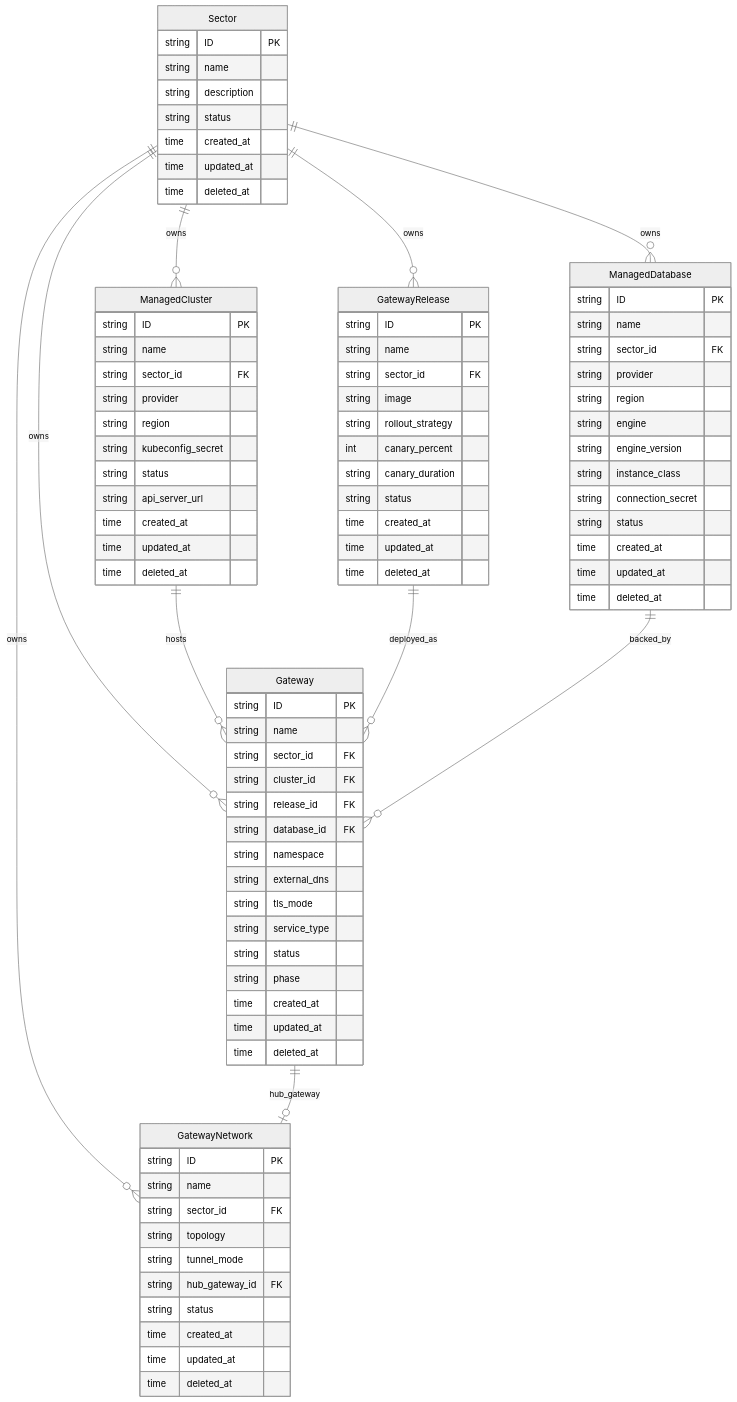
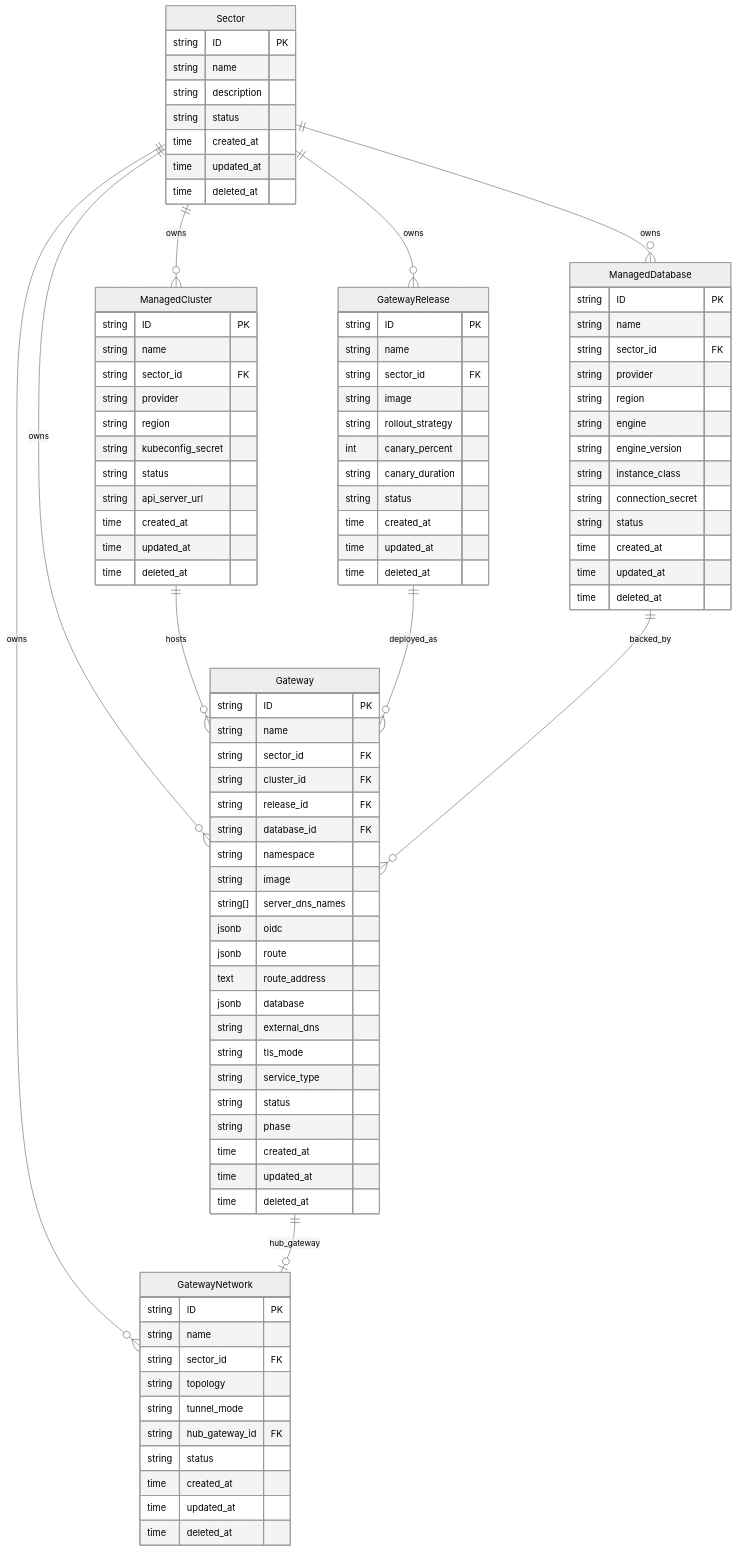
Before and after one commit to JGiola/hypershell: the diagram in specs/platform/data-model.spec.md, drawn with Mermaid (neutral theme). The commit also changed other lines of this file and 6 other files, not shown here.

```diff
--- a/specs/platform/data-model.spec.md
+++ b/specs/platform/data-model.spec.md
@@ -81,6 +81,12 @@
         string release_id FK
         string database_id FK
         string namespace
+        string image
+        string[] server_dns_names
+        jsonb oidc
+        jsonb route
+        text route_address
+        jsonb database
         string external_dns
         string tls_mode
         string service_type
```
